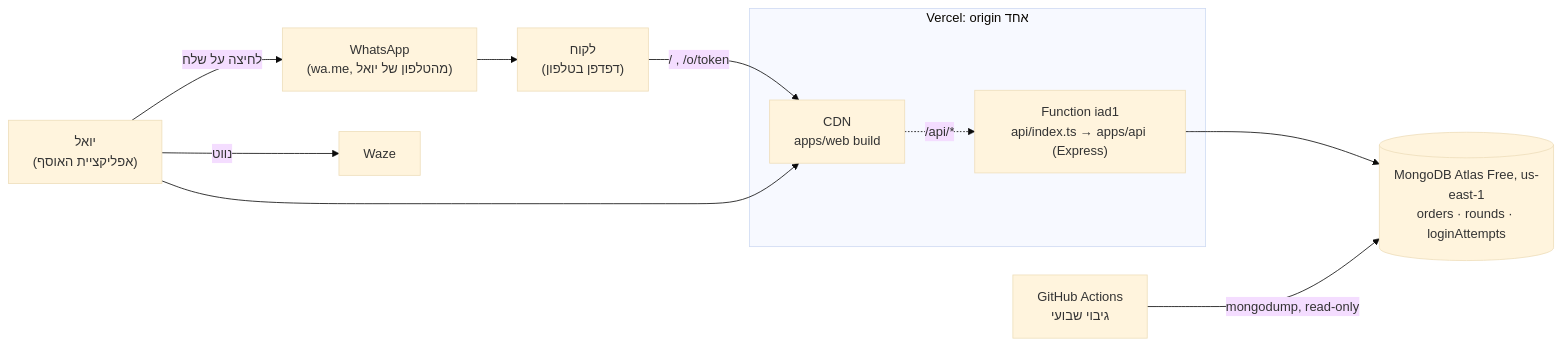
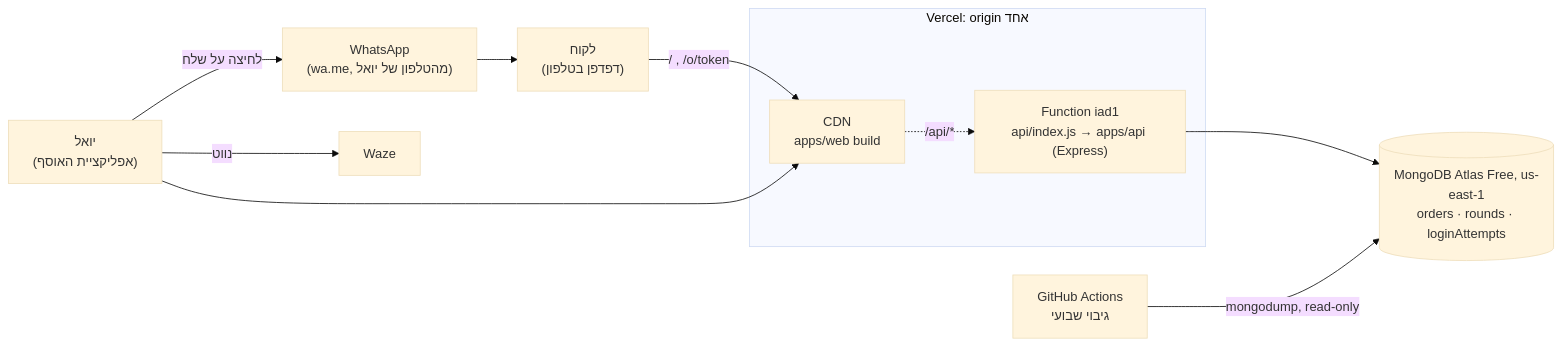
Before and after one commit to uriel-s/Latet-od: the first of 3 diagrams in ARCHITECTURE.md, drawn with Mermaid (base theme). The commit also changed other lines of this file and 21 other files, not shown here.

````diff
--- a/ARCHITECTURE.md
+++ b/ARCHITECTURE.md
@@ -28,22 +28,22 @@
 ```mermaid
 flowchart LR
     C["לקוח<br/>(דפדפן בטלפון)"]
     Y["יואל<br/>(אפליקציית האוסף)"]
     subgraph V["Vercel: origin אחד"]
         CDN["CDN<br/>apps/web build"]
-        F["Function iad1<br/>api/index.ts → apps/api (Express)"]
+        F["Function iad1<br/>api/index.js → apps/api (Express)"]
     end
     M[("MongoDB Atlas Free, us-east-1<br/>orders · rounds · loginAttempts")]
     WA["WhatsApp<br/>(wa.me, מהטלפון של יואל)"]
     WZ["Waze"]
     GH["GitHub Actions<br/>גיבוי שבועי"]
 
     C -->|"/ , /o/token"| CDN
     Y --> CDN
     CDN -.->|"/api/*"| F
     F --> M
     Y -->|"לחיצה על שלח"| WA
     WA --> C
     Y -->|"נווט"| WZ
     GH -->|"mongodump, read-only"| M
 ```
````
